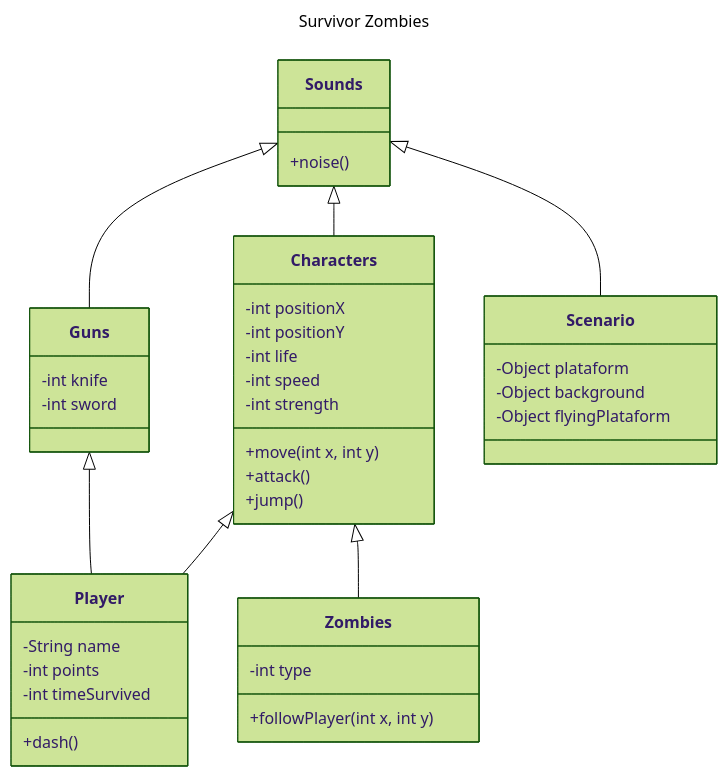
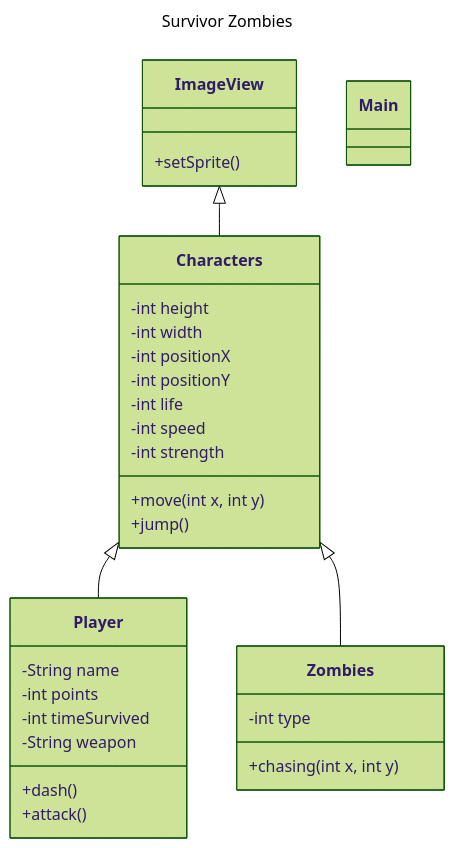
The diagram in README.md (llei7e/ZombiesAttack), drawn with Mermaid (forest theme) before and after one commit. The commit also changed other lines of this file, not shown here.

````diff
--- a/README.md
+++ b/README.md
@@ -14,45 +59,39 @@
 ```mermaid
 ---
 title: Survivor Zombies
 ---
 classDiagram
-    Characters <|-- Player
-    Characters <|-- Zombies
-    Guns <|-- Player
-    Sounds <|-- Characters
-    Sounds <|-- Scenario
-    Sounds <|-- Guns
-    class Characters{
-        -int positionX
-        -int positionY
-        -int life
-        -int speed
-        -int strength
-        +move(int x, int y)
-        +attack()
-        +jump()
-    }
-    class Player{
-        -String name
-        -int points
-        -int timeSurvived
-        +dash()
-    }
-    class Zombies{
-        -int type
-        +followPlayer(int x, int y)
-    }
-    class Guns{
-        -int knife
-        -int sword
-    }
-    class Scenario{
-        -Object plataform
-        -Object background
-        -Object flyingPlataform
-    }
-    class Sounds{
-        +noise()
-    }
+Characters <|-- Player
+Characters <|-- Zombies
+ImageView <|-- Characters
 
+class Main{
+}
+class ImageView{
+    +setSprite()
+}
+class Characters{
+    -int height
+    -int width
+    -int positionX
+    -int positionY
+    -int life
+    -int speed
+    -int strength
+    +move(int x, int y)
+    +jump()
+}
+class Player{
+    -String name
+    -int points
+    -int timeSurvived
+    -String weapon
+    +dash()
+    +attack()
+}
+class Zombies{
+    -int type
+    +chasing(int x, int y)
+}
+    
 ```
````
